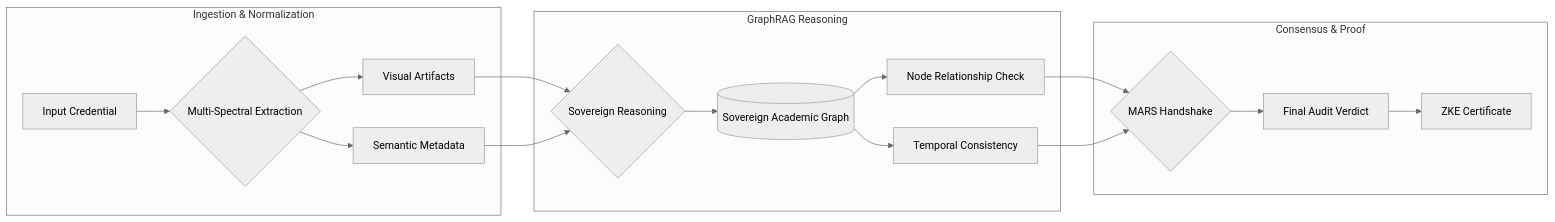
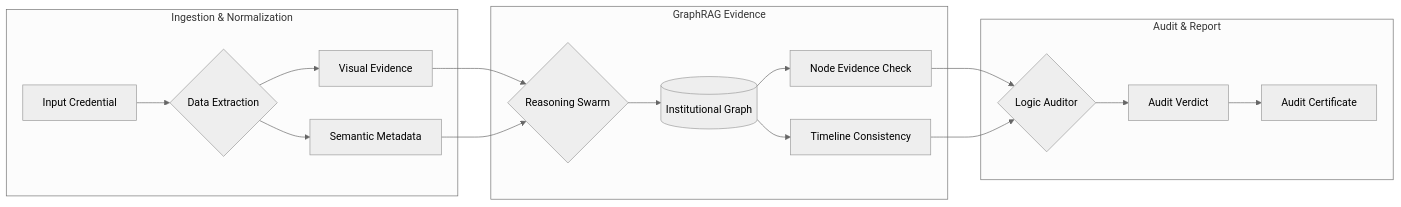
Before and after one commit to aclascollege/aegis-graph: the diagram in docs/en/chapter2.md, drawn with Mermaid (neutral theme). The commit also changed other lines of this file and 17 other files, not shown here.

````diff
--- a/docs/en/chapter2.md
+++ b/docs/en/chapter2.md
@@ -9,21 +9,21 @@
 ```mermaid
 graph LR
     subgraph Layer1 [Ingestion & Normalization]
-        A[Input Credential] --> B{Multi-Spectral Extraction}
-        B --> B1[Visual Artifacts]
+        A[Input Credential] --> B{Data Extraction}
+        B --> B1[Visual Evidence]
         B --> B2[Semantic Metadata]
     end
     
-    subgraph Layer2 [GraphRAG Reasoning]
-        B1 & B2 --> C{Sovereign Reasoning}
-        C --> D[(Sovereign Academic Graph)]
-        D --> E[Node Relationship Check]
-        D --> F[Temporal Consistency]
+    subgraph Layer2 [GraphRAG Evidence]
+        B1 & B2 --> C{Reasoning Swarm}
+        C --> D[(Institutional Graph)]
+        D --> E[Node Evidence Check]
+        D --> F[Timeline Consistency]
     end
     
-    subgraph Layer3 [Consensus & Proof]
-        E & F --> G{MARS Handshake}
-        G --> H[Final Audit Verdict]
-        H --> I[ZKE Certificate]
+    subgraph Layer3 [Audit & Report]
+        E & F --> G{Logic Auditor}
+        G --> H[Audit Verdict]
+        H --> I[Audit Certificate]
     end
 ```
````
